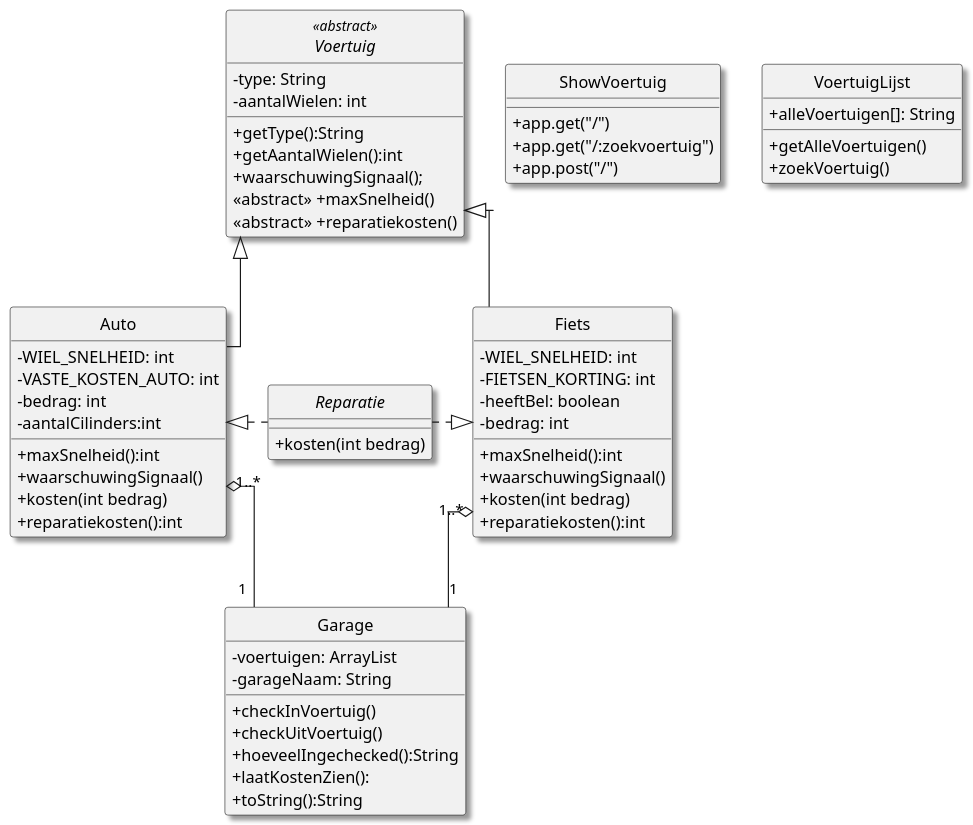
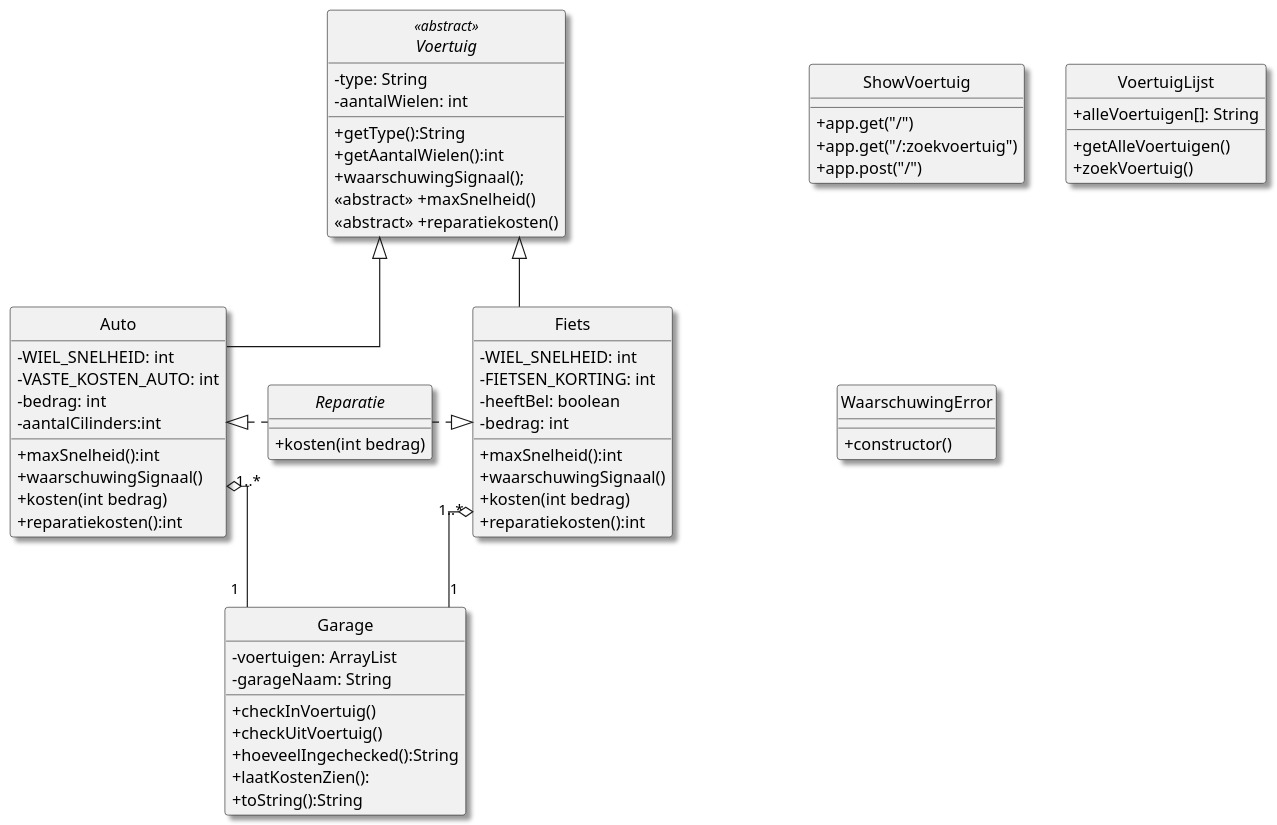
Before and after one commit to AdrianOverdijk/OOP2: the diagram in src/garageUML.puml, drawn with PlantUML.

Commit message:
Add assignment 5 for OOP2, custom exception is used through a try/catch construction

```diff
--- a/src/garageUML.puml
+++ b/src/garageUML.puml
@@ -1,80 +1,84 @@
 @startuml
 scale 1.2
 hide circle
 skinparam {
 classAttributeIconSize 0
 monochrome false
 shadowing true
 linetype ortho
 }
 
 Fiets <|.l. Reparatie
 Auto <|.r. Reparatie
 Voertuig <|-d- Auto
 Voertuig <|-d- Fiets
 Fiets "1..*" o-- "1" Garage
 Auto "1..*" o-- "1" Garage
 
 abstract class Voertuig <<abstract>> {
  -type: String
  -aantalWielen: int
 
  +getType():String
  +getAantalWielen():int
  + waarschuwingSignaal();
  <<abstract>> +maxSnelheid()
  <<abstract>> +reparatiekosten()
 }
 
 class Fiets {
  -WIEL_SNELHEID: int
  -FIETSEN_KORTING: int
  -heeftBel: boolean
  -bedrag: int
 
  +maxSnelheid():int
  +waarschuwingSignaal()
  +kosten(int bedrag)
  +reparatiekosten():int
 }
 
 class Auto{
  -WIEL_SNELHEID: int
  -VASTE_KOSTEN_AUTO: int
  -bedrag: int
  -aantalCilinders:int
 
  +maxSnelheid():int
  +waarschuwingSignaal()
  +kosten(int bedrag)
  +reparatiekosten():int
 }
 
 class Garage{
  -voertuigen: ArrayList
  -garageNaam: String
 
  +checkInVoertuig()
  +checkUitVoertuig()
  +hoeveelIngechecked():String
  +laatKostenZien():
  +toString():String
 }
 
 interface Reparatie{
  +kosten(int bedrag)
 }
 
 class ShowVoertuig{
  +app.get("/")
  +app.get("/:zoekvoertuig")
  +app.post("/")
  }
 
  class VoertuigLijst{
  + alleVoertuigen[]: String
 
  + getAlleVoertuigen()
  + zoekVoertuig()
  }
+
+ class WaarschuwingError{
+ + constructor()
+ }
 @enduml
```
